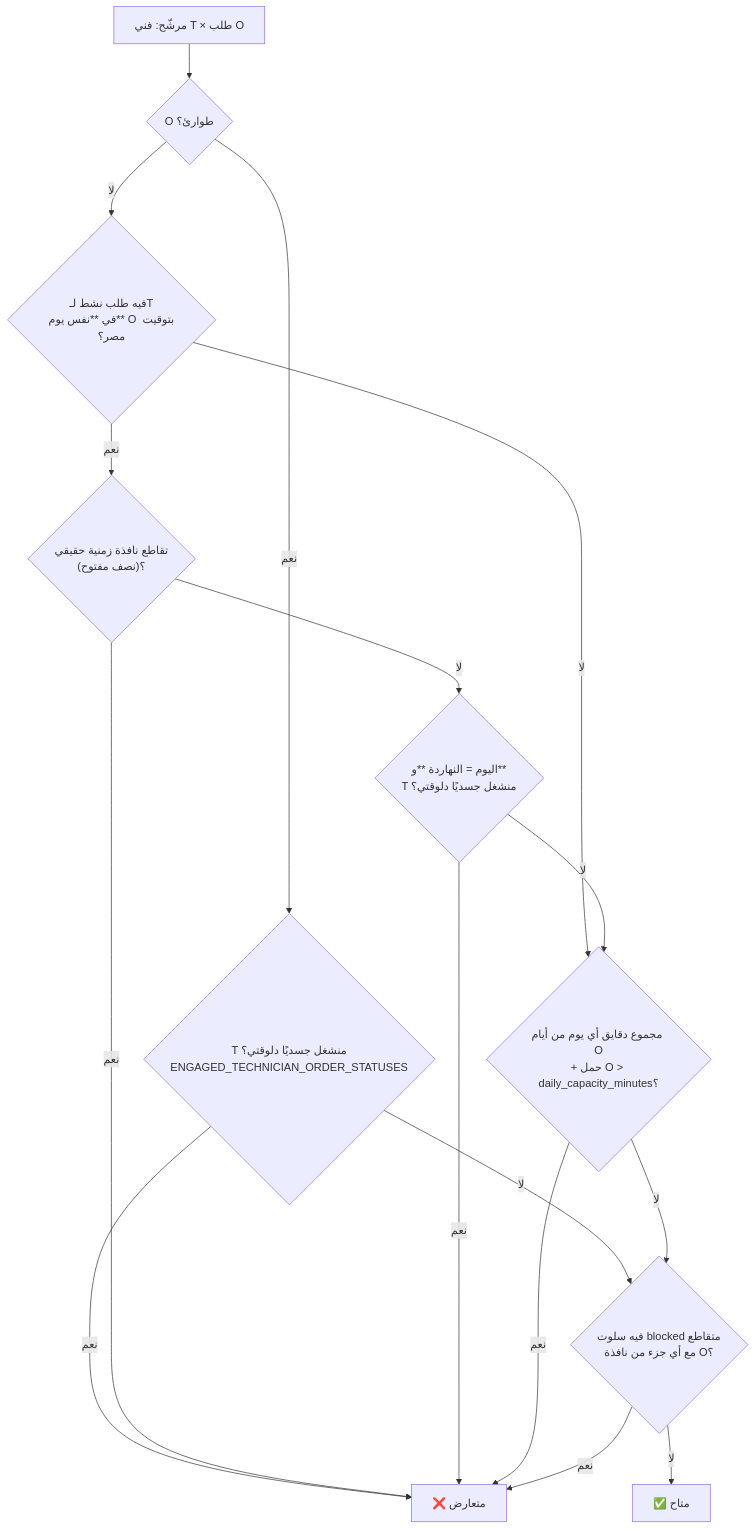
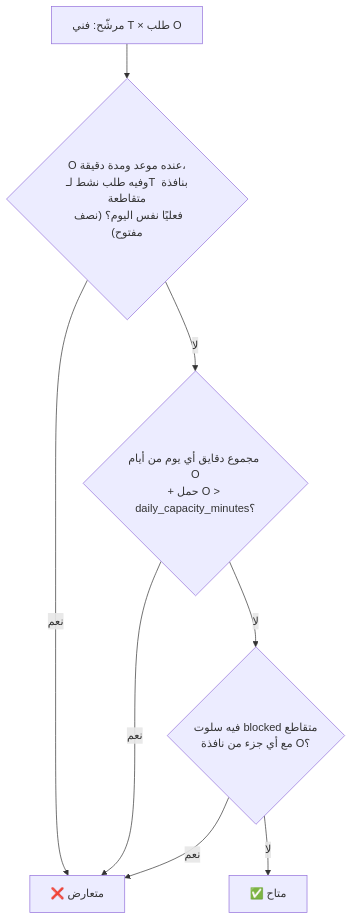
The third of 3 diagrams in docs/system-audit/05-SCHEDULING-AVAILABILITY.md (youssefelsane-hash/portalSp), drawn with Mermaid before and after one commit. The commit also changed other lines of this file and 10 other files, not shown here.

````diff
--- a/docs/system-audit/05-SCHEDULING-AVAILABILITY.md
+++ b/docs/system-audit/05-SCHEDULING-AVAILABILITY.md
@@ -120,24 +124,14 @@
 ```mermaid
 flowchart TD
-  Start["مرشّح: فني T × طلب O"] --> Em{"O طوارئ؟"}
-
-  Em -->|نعم| E1{"T منشغل جسديًا دلوقتي؟<br/>ENGAGED_TECHNICIAN_ORDER_STATUSES"}
-  E1 -->|نعم| No["❌ متعارض"]
-  E1 -->|لا| Blk
-
-  Em -->|لا| N1{"فيه طلب نشط لـT<br/>في **نفس يوم** O بتوقيت مصر؟"}
+  Start["مرشّح: فني T × طلب O"] --> N1{"O عنده موعد ومدة دقيقة،<br/>وفيه طلب نشط لـT بنافذة متقاطعة<br/>فعليًا نفس اليوم؟ (نصف مفتوح)"}
+  N1 -->|نعم| No["❌ متعارض"]
   N1 -->|لا| Cap
-  N1 -->|نعم| N2{"تقاطع نافذة زمنية حقيقي<br/>(نصف مفتوح)؟"}
-  N2 -->|نعم| No
-  N2 -->|لا| N3{"اليوم = النهاردة **و**<br/>T منشغل جسديًا دلوقتي؟"}
-  N3 -->|نعم| No
-  N3 -->|لا| Cap
 
   Cap{"مجموع دقايق أي يوم من أيام O<br/>+ حمل O > daily_capacity_minutes؟"}
   Cap -->|نعم| No
   Cap -->|لا| Blk
 
   Blk{"فيه سلوت blocked متقاطع<br/>مع أي جزء من نافذة O؟"}
   Blk -->|نعم| No
   Blk -->|لا| Yes["✅ متاح"]
 ```
````
